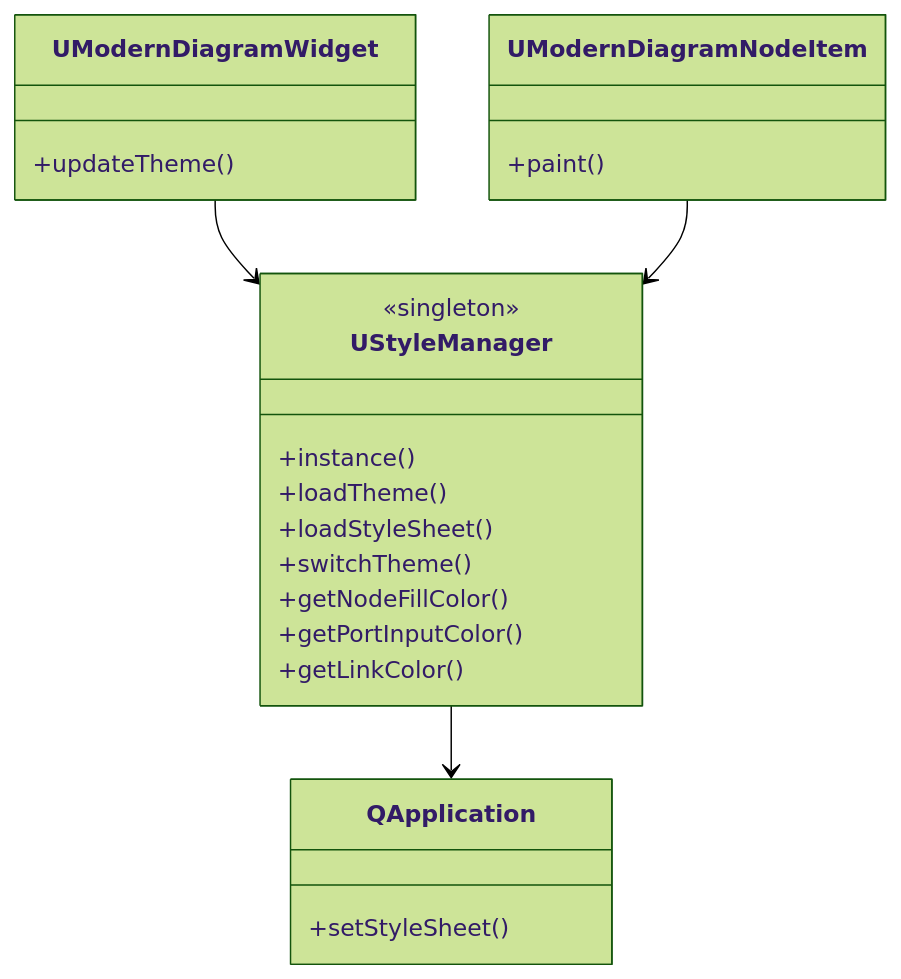
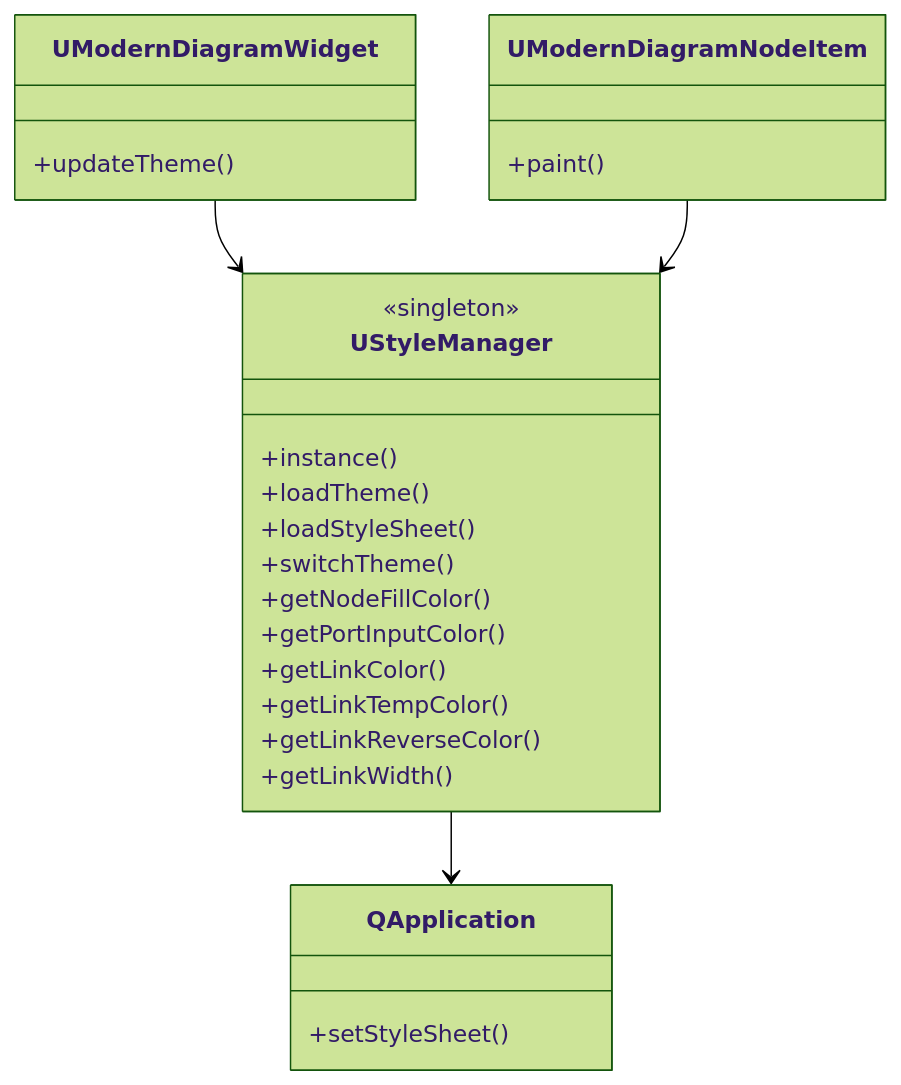
The third of 4 diagrams in Docs/GUI/Style-System.md (aicommunity/Nmsdk), drawn with Mermaid (forest theme) before and after one commit. The commit also changed other lines of this file and 4 other files, not shown here.

First line of the commit message:
Bump Rdk, PulseLib, and Bin for reverse link routing and Coord layout.

````diff
--- a/Docs/GUI/Style-System.md
+++ b/Docs/GUI/Style-System.md
@@ -202,29 +205,32 @@
 ```mermaid
 classDiagram
     class UStyleManager {
         <<singleton>>
         +instance()
         +loadTheme()
         +loadStyleSheet()
         +switchTheme()
         +getNodeFillColor()
         +getPortInputColor()
         +getLinkColor()
+        +getLinkTempColor()
+        +getLinkReverseColor()
+        +getLinkWidth()
     }
     
     class QApplication {
         +setStyleSheet()
     }
     
     class UModernDiagramWidget {
         +updateTheme()
     }
     
     class UModernDiagramNodeItem {
         +paint()
     }
     
     UStyleManager --> QApplication
     UModernDiagramWidget --> UStyleManager
     UModernDiagramNodeItem --> UStyleManager
 ```
````
